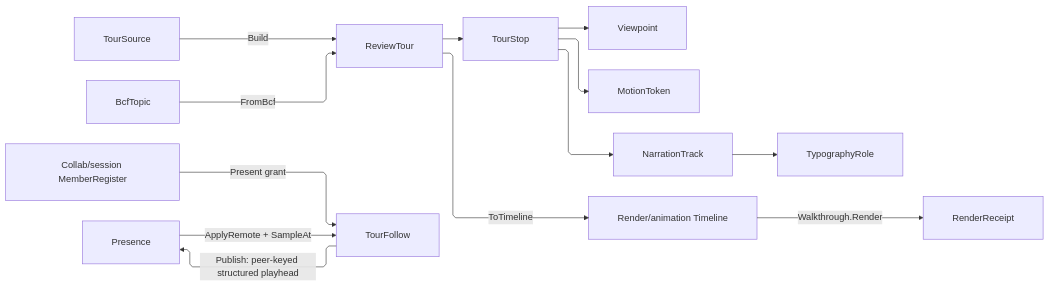
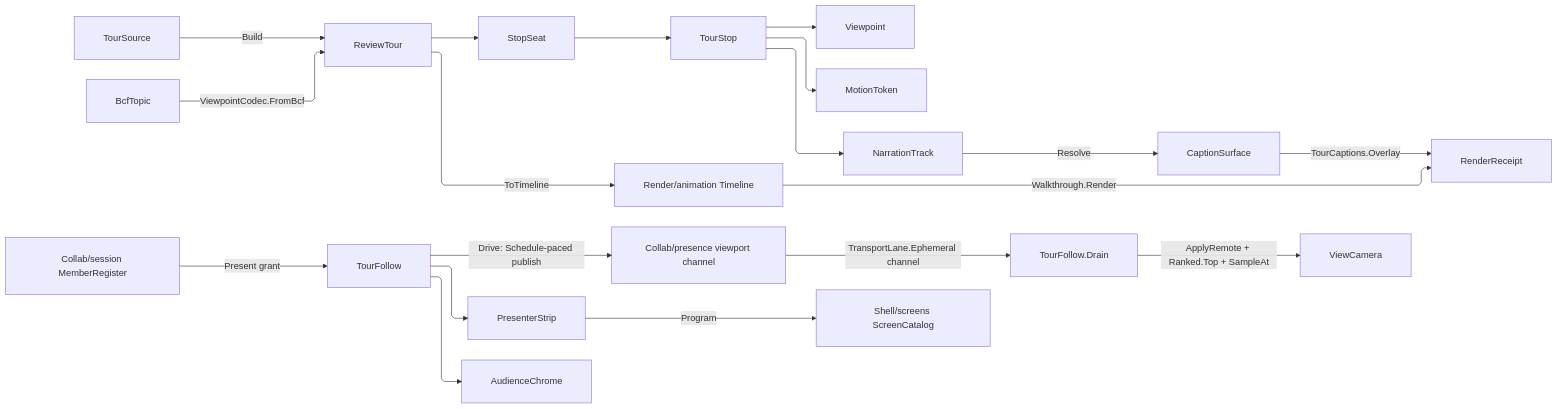
Before and after one commit to bsamiee/Rasm: the diagram in libs/csharp/Rasm.AppUi/.planning/Collab/tour.md, drawn with Mermaid. The commit also changed other lines of this file and 818 other files, not shown here.

````diff
--- a/libs/csharp/Rasm.AppUi/.planning/Collab/tour.md
+++ b/libs/csharp/Rasm.AppUi/.planning/Collab/tour.md
@@ -305,24 +522,30 @@
 ```mermaid
 ---
 config:
   layout: elk
   flowchart:
     curve: linear
     padding: 25
 ---
 flowchart LR
     accTitle: Review tour composition and presence follow
-    accDescr: Tour sources and BCF topics building one review tour of stops carrying viewpoint, motion token, and narration, the tour projecting onto the render timeline for walkthrough capture, and the follow lane proving its presenter capability against the durable member register before publishing a peer-keyed structured playhead remote presence samples back.
+    accDescr: Tour sources and BCF topics building one non-empty review tour whose seat table carries each stop's ordinal and offset, the tour projecting onto the render timeline for walkthrough capture with a caption overlay, and the follow arm proving its presenter capability against the durable member register before publishing a peer-keyed structured playhead on a schedule, which a follower drains off the bounded ephemeral lane and samples back.
     TourSource -->|Build| ReviewTour
-    BcfTopic -->|FromBcf| ReviewTour
-    ReviewTour --> TourStop
+    BcfTopic -->|"ViewpointCodec.FromBcf"| ReviewTour
+    ReviewTour --> StopSeat
+    StopSeat --> TourStop
     TourStop --> Viewpoint
     TourStop --> MotionToken
     TourStop --> NarrationTrack
-    NarrationTrack --> TypographyRole
+    NarrationTrack -->|Resolve| CaptionSurface
     ReviewTour -->|ToTimeline| Timeline["Render/animation Timeline"]
     Timeline -->|Walkthrough.Render| RenderReceipt
+    CaptionSurface -->|"TourCaptions.Overlay"| RenderReceipt
     MemberRegister["Collab/session MemberRegister"] -->|Present grant| TourFollow
-    TourFollow -->|Publish: peer-keyed structured playhead| Presence
-    Presence -->|ApplyRemote + SampleAt| TourFollow
+    TourFollow -->|"Drive: Schedule-paced publish"| Presence["Collab/presence viewport channel"]
+    Presence -->|"TransportLane.Ephemeral channel"| Drain["TourFollow.Drain"]
+    Drain -->|"ApplyRemote + Ranked.Top + SampleAt"| ViewCamera
+    TourFollow --> PresenterStrip
+    TourFollow --> AudienceChrome
+    PresenterStrip -->|Program| ScreenCatalog["Shell/screens ScreenCatalog"]
 ```
````
